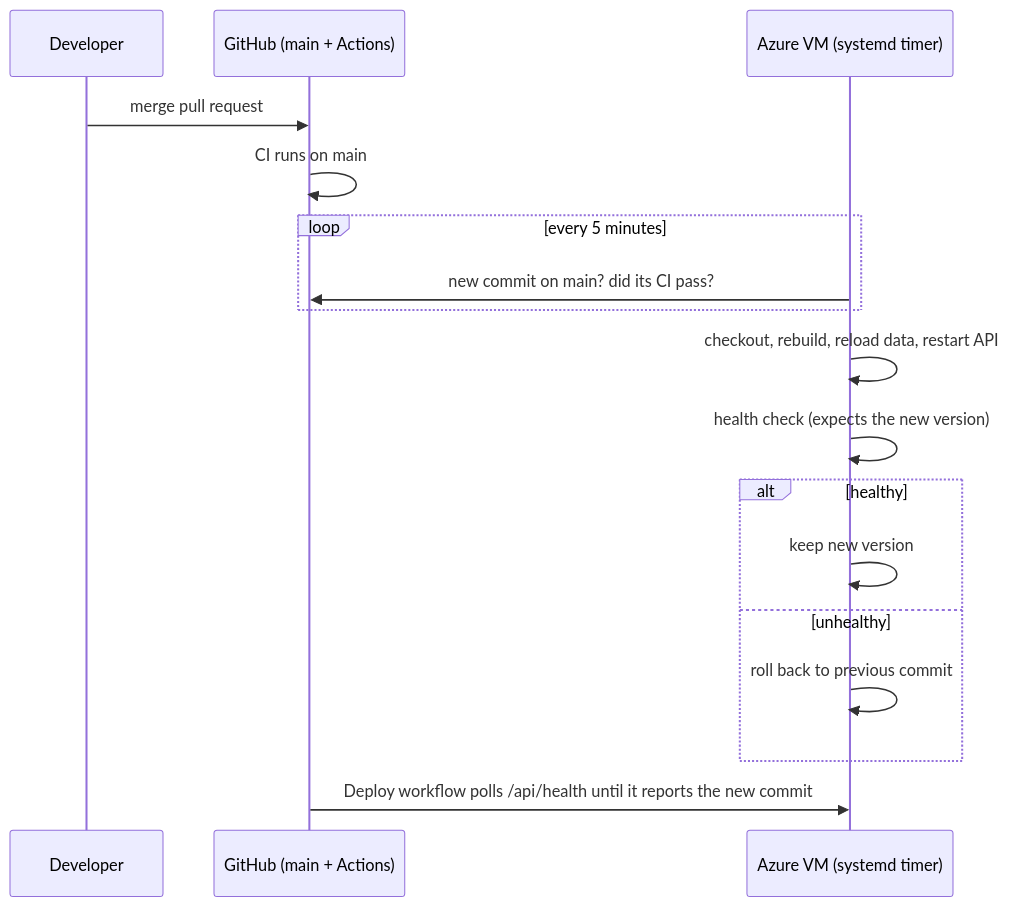
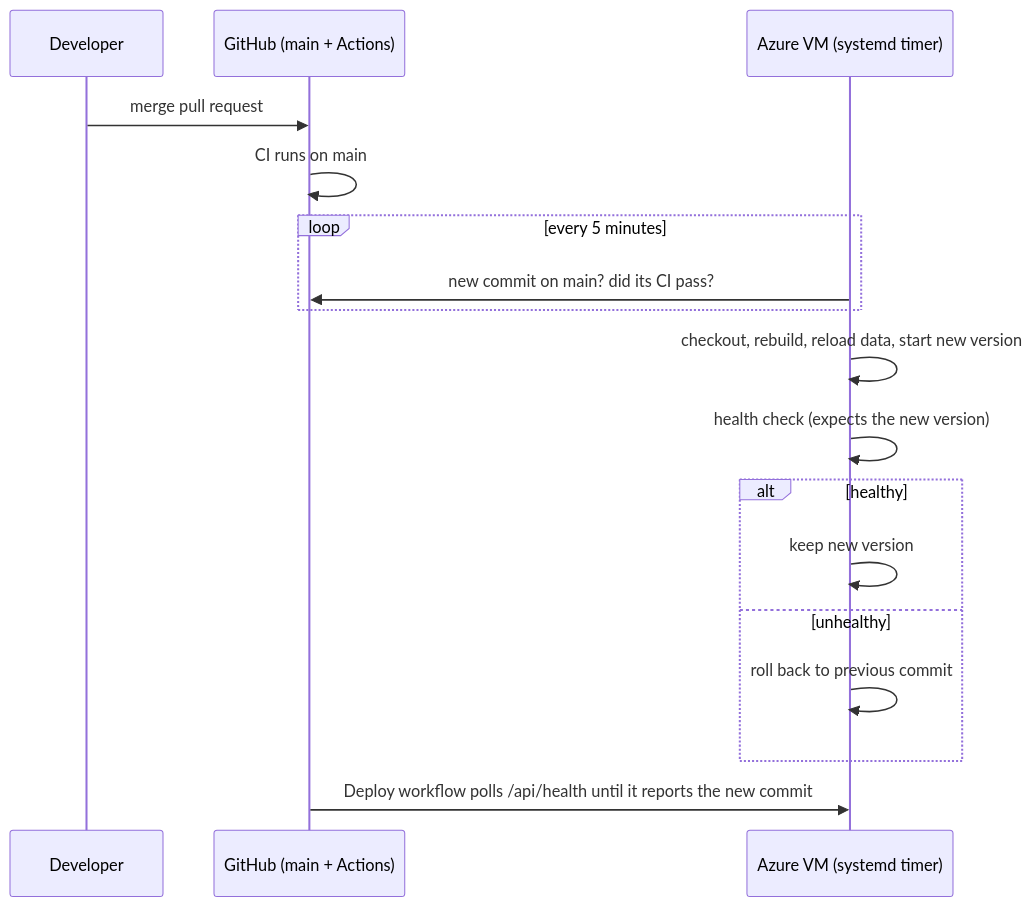
One commit to Sri0401/project27 changed the diagram in deploy/vm/README.md. Above: the diagram before and after it, drawn with Mermaid. The commit also changed 2 other files, not shown here.

Commit message:
fix(deploy): load data before starting the new version; retry smoke tests
The API was reporting the new version before its final restart, so the rollout check could hit a restarting API.

````diff
--- a/deploy/vm/README.md
+++ b/deploy/vm/README.md
@@ -5,19 +5,19 @@
 ```mermaid
 sequenceDiagram
     participant Dev as Developer
     participant GH as GitHub (main + Actions)
     participant VM as Azure VM (systemd timer)
     Dev->>GH: merge pull request
     GH->>GH: CI runs on main
     loop every 5 minutes
         VM->>GH: new commit on main? did its CI pass?
     end
-    VM->>VM: checkout, rebuild, reload data, restart API
+    VM->>VM: checkout, rebuild, reload data, start new version
     VM->>VM: health check (expects the new version)
     alt healthy
         VM->>VM: keep new version
     else unhealthy
         VM->>VM: roll back to previous commit
     end
     GH->>VM: Deploy workflow polls /api/health until it reports the new commit
 ```
````
